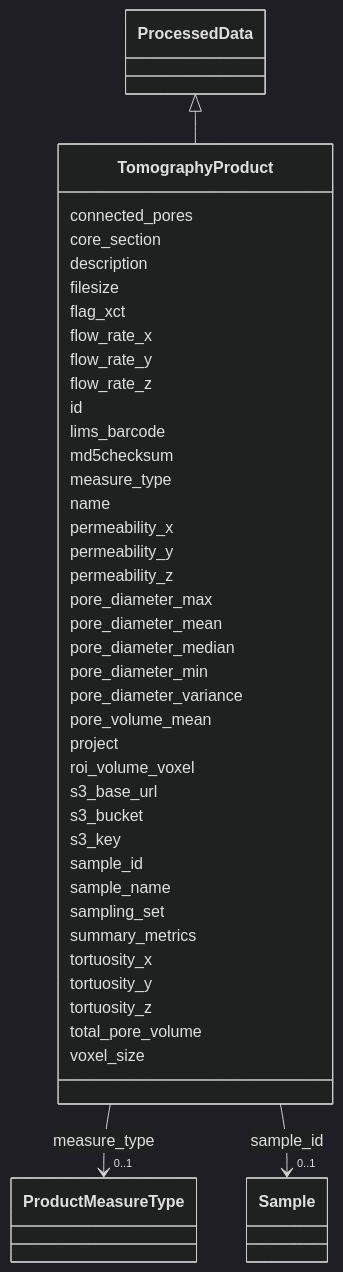
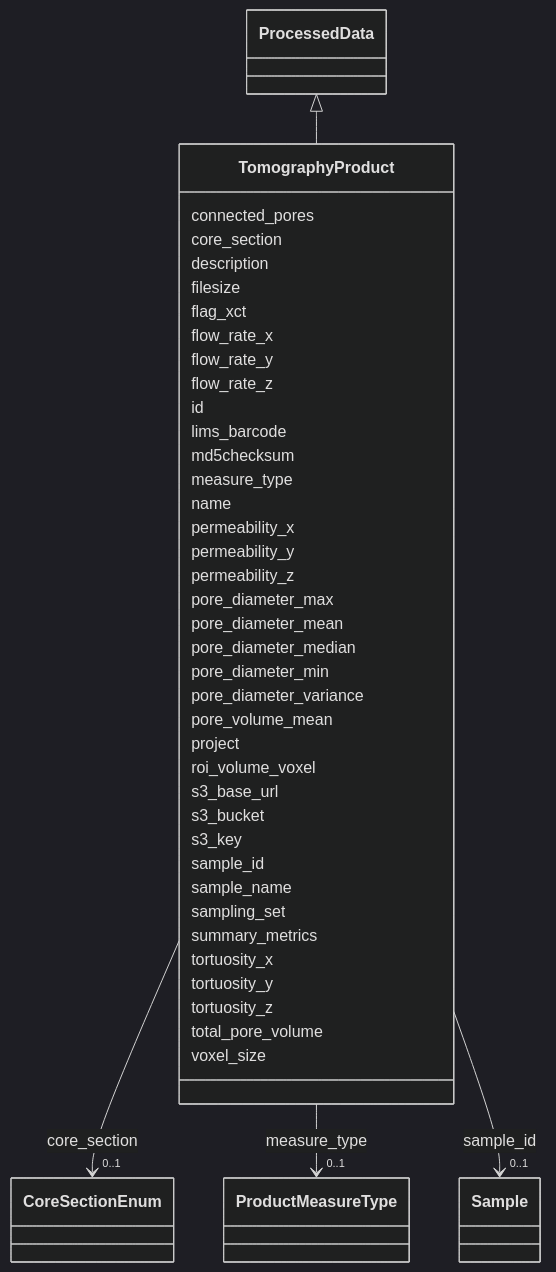
Before and after one commit to EMSL-Computing/BASALT-Schema: the diagram in docs/elements/TomographyProduct.md, drawn with Mermaid (dark theme). The commit also changed other lines of this file and 388 other files, not shown here.

```diff
--- a/docs/elements/TomographyProduct.md
+++ b/docs/elements/TomographyProduct.md
@@ -21,6 +21,16 @@
       TomographyProduct : connected_pores
         
       TomographyProduct : core_section
+        
+          
+    
+    
+    
+    
+    TomographyProduct --> "0..1" CoreSectionEnum : core_section
+    click CoreSectionEnum href "../CoreSectionEnum"
+    
+
         
       TomographyProduct : description
         
```
